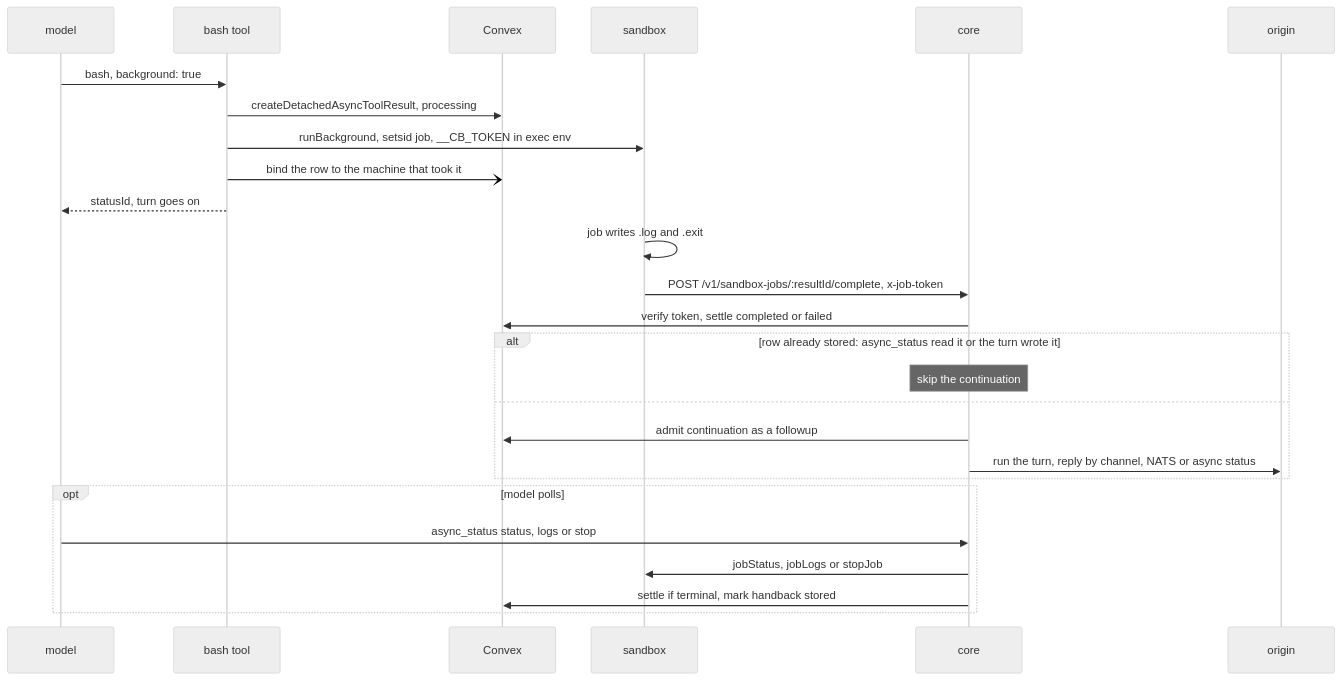
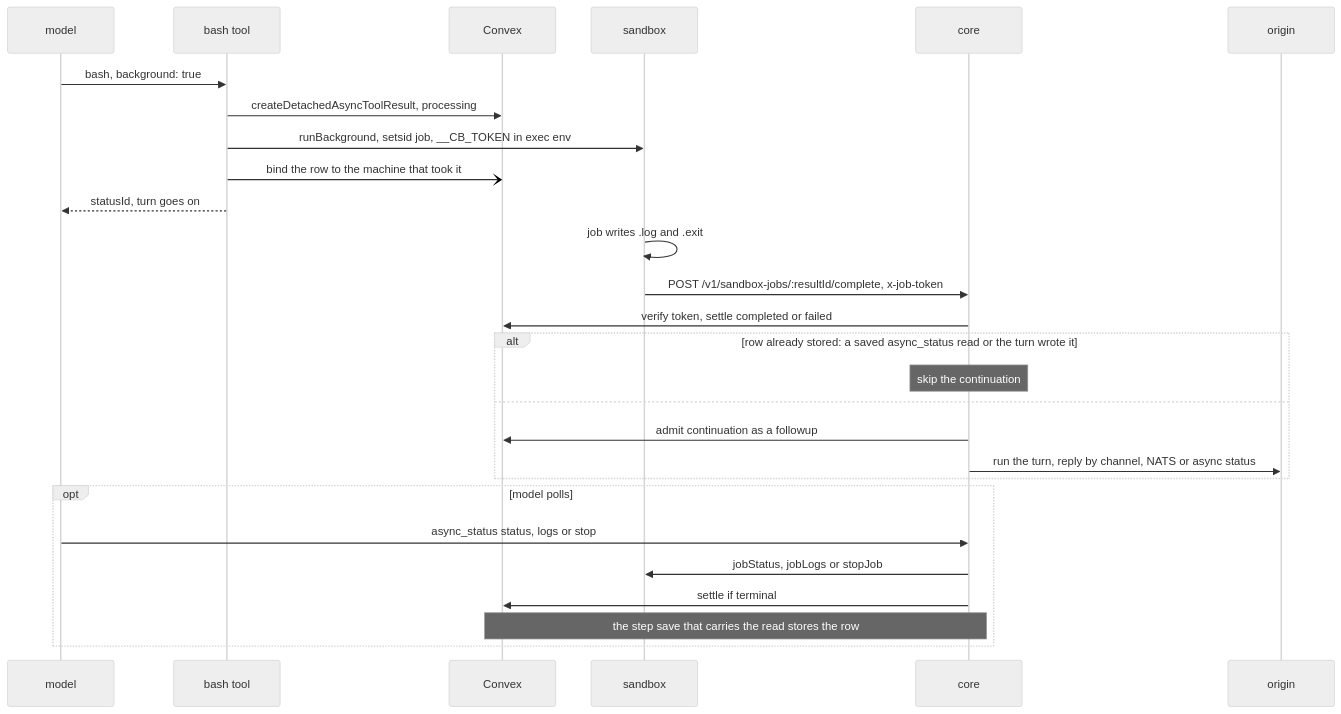
Before and after one commit to beeblastco/broods: the ninth of 22 diagrams in apps/docs/docs/internals/sandboxes.md, drawn with Mermaid (neutral theme). The commit also changed other lines of this file and 24 other files, not shown here.

````diff
--- a/apps/docs/docs/internals/sandboxes.md
+++ b/apps/docs/docs/internals/sandboxes.md
@@ -272,29 +272,30 @@
 ```mermaid
 sequenceDiagram
   participant M as model
   participant B as bash tool
   participant CVX as Convex
   participant S as sandbox
   participant Core as core
   participant O as origin
 
   M->>B: bash, background: true
   B->>CVX: createDetachedAsyncToolResult, processing
   B->>S: runBackground, setsid job, __CB_TOKEN in exec env
   B-)CVX: bind the row to the machine that took it
   B-->>M: statusId, turn goes on
   S->>S: job writes .log and .exit
   S->>Core: POST /v1/sandbox-jobs/:resultId/complete, x-job-token
   Core->>CVX: verify token, settle completed or failed
-  alt row already stored: async_status read it or the turn wrote it
+  alt row already stored: a saved async_status read or the turn wrote it
     Note over Core: skip the continuation
   else
     Core->>CVX: admit continuation as a followup
     Core->>O: run the turn, reply by channel, NATS or async status
   end
   opt model polls
     M->>Core: async_status status, logs or stop
     Core->>S: jobStatus, jobLogs or stopJob
-    Core->>CVX: settle if terminal, mark handback stored
+    Core->>CVX: settle if terminal
+    Note over Core,CVX: the step save that carries the read stores the row
   end
 ```
````
